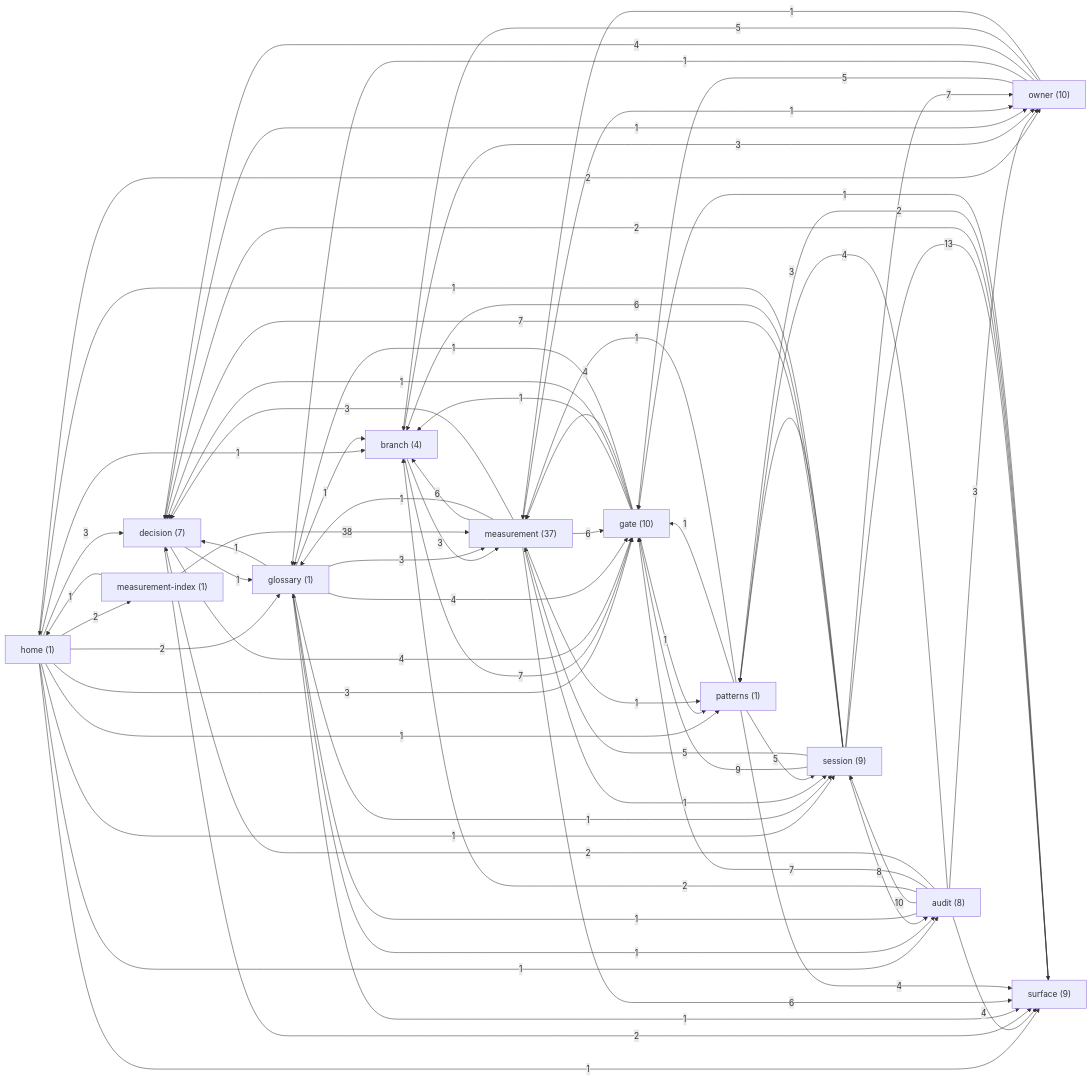
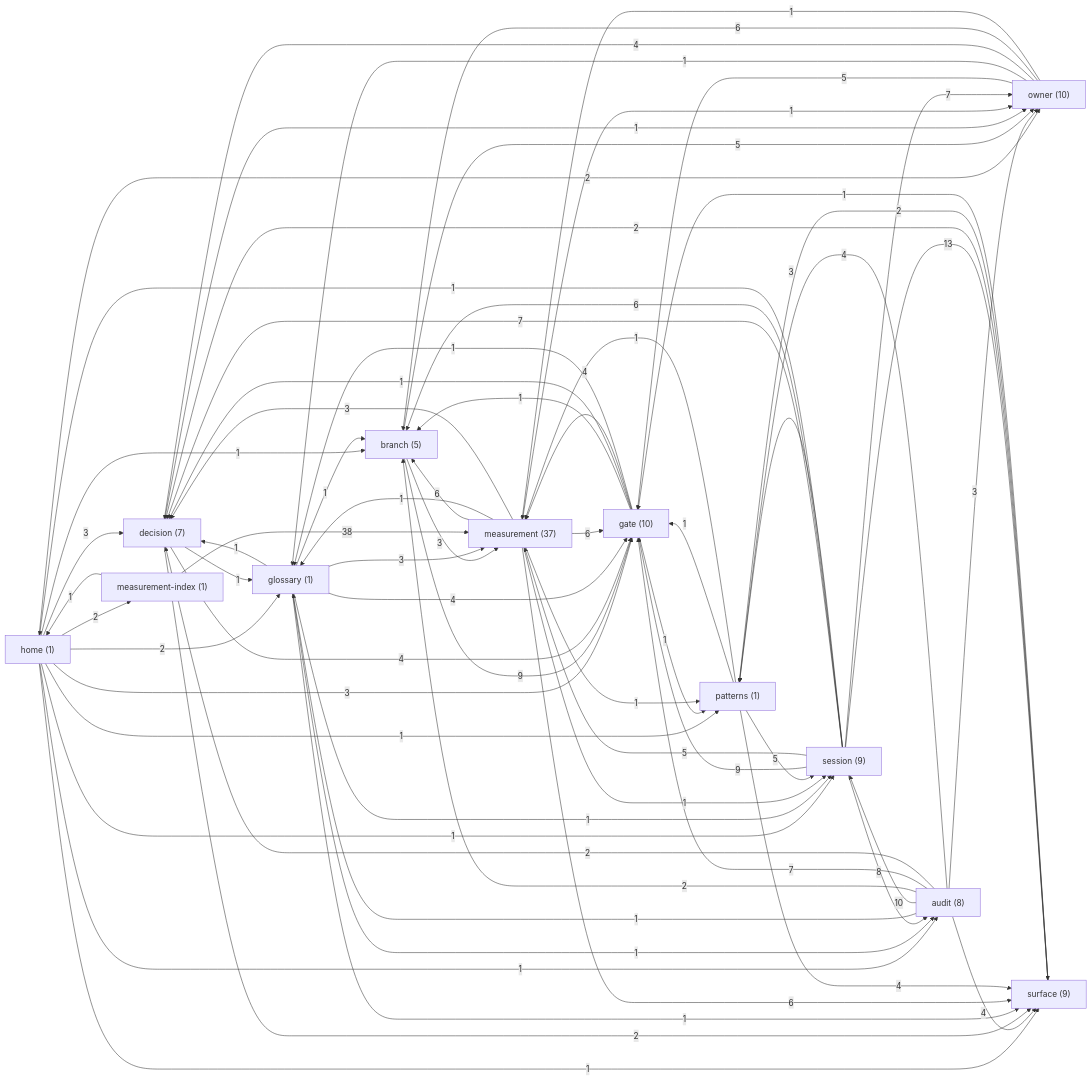
The diagram in docs/brain/GRAPH.md (sergey9519546/STORYMACHINE), drawn with Mermaid before and after one commit. The commit also changed other lines of this file and 9 other files, not shown here.

```diff
--- a/docs/brain/GRAPH.md
+++ b/docs/brain/GRAPH.md
@@ -10,7 +10,7 @@
 graph LR
   home["home (1)"]
   audit["audit (8)"]
-  branch["branch (4)"]
+  branch["branch (5)"]
   decision["decision (7)"]
   gate["gate (10)"]
   glossary["glossary (1)"]
@@ -39,8 +39,8 @@
   audit -->|3| owner
   audit -->|4| surface
   branch -->|3| measurement
-  branch -->|7| gate
-  branch -->|3| owner
+  branch -->|9| gate
+  branch -->|5| owner
   decision -->|1| glossary
   decision -->|4| gate
   decision -->|2| surface
@@ -70,7 +70,7 @@
   owner -->|5| gate
   owner -->|1| glossary
   owner -->|4| decision
-  owner -->|5| branch
+  owner -->|6| branch
   owner -->|1| measurement
   patterns -->|5| session
   patterns -->|4| surface
```
